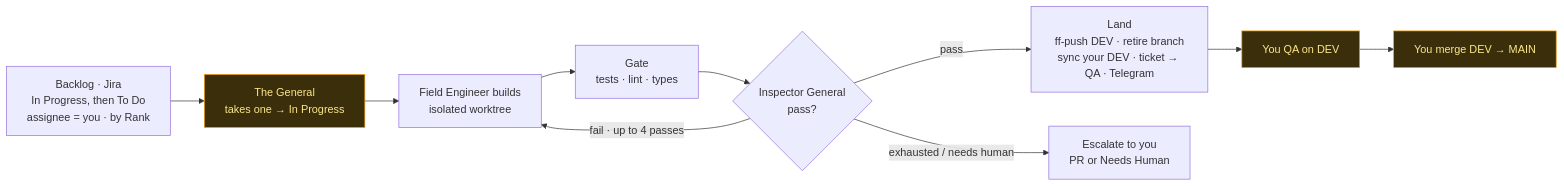
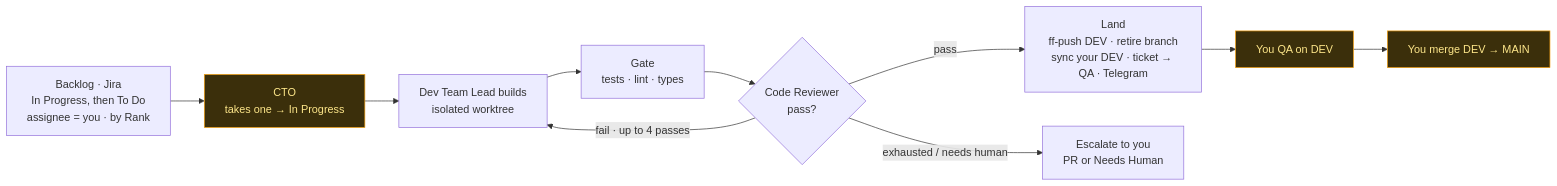
The second of 3 diagrams in ORG.md (roman-berlin/Elite-Squad), drawn with Mermaid before and after one commit. The commit also changed other lines of this file, not shown here.

````diff
--- a/ORG.md
+++ b/ORG.md
@@ -51,15 +51,15 @@
 ```mermaid
 flowchart LR
-    BL["Backlog · Jira<br/>In Progress, then To Do<br/>assignee = you · by Rank"] --> GEN["The General<br/>takes one → In Progress"]
-    GEN --> BUILD["Field Engineer builds<br/>isolated worktree"]
+    BL["Backlog · Jira<br/>In Progress, then To Do<br/>assignee = you · by Rank"] --> GEN["CTO<br/>takes one → In Progress"]
+    GEN --> BUILD["Dev Team Lead builds<br/>isolated worktree"]
     BUILD --> GATE["Gate<br/>tests · lint · types"]
-    GATE --> REV{"Inspector General<br/>pass?"}
+    GATE --> REV{"Code Reviewer<br/>pass?"}
     REV -- "fail · up to 4 passes" --> BUILD
     REV -- "pass" --> LAND["Land<br/>ff-push DEV · retire branch<br/>sync your DEV · ticket → QA · Telegram"]
     REV -- "exhausted / needs human" --> ESC["Escalate to you<br/>PR or Needs Human"]
     LAND --> QA["You QA on DEV"]
     QA --> MAIN["You merge DEV → MAIN"]
 
     classDef cmd fill:#3b2f0b,stroke:#f59e0b,color:#fde68a;
     class GEN,QA,MAIN cmd;
 ```
````
